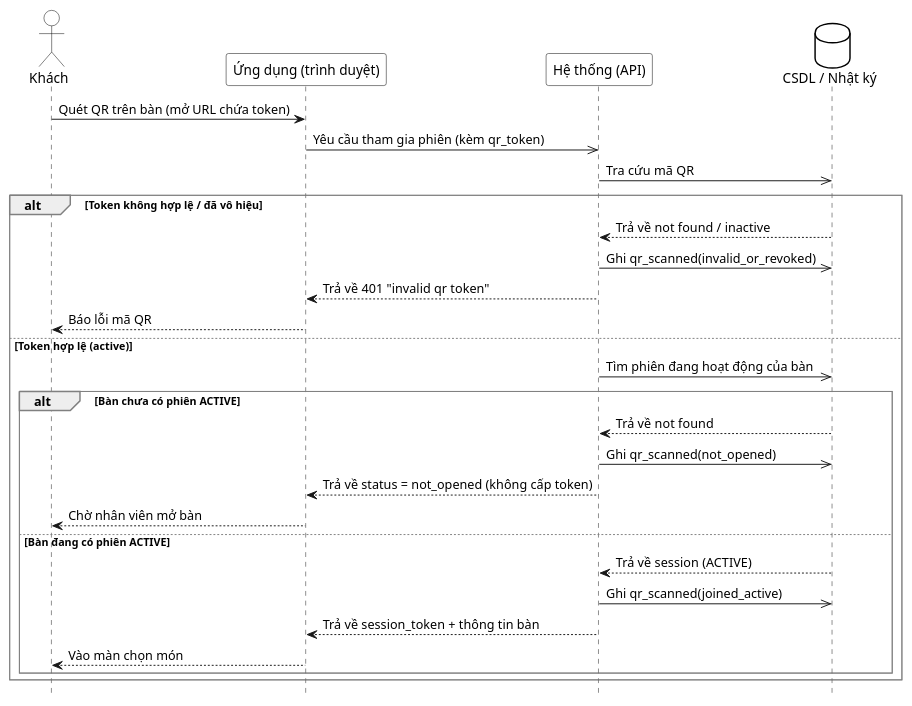
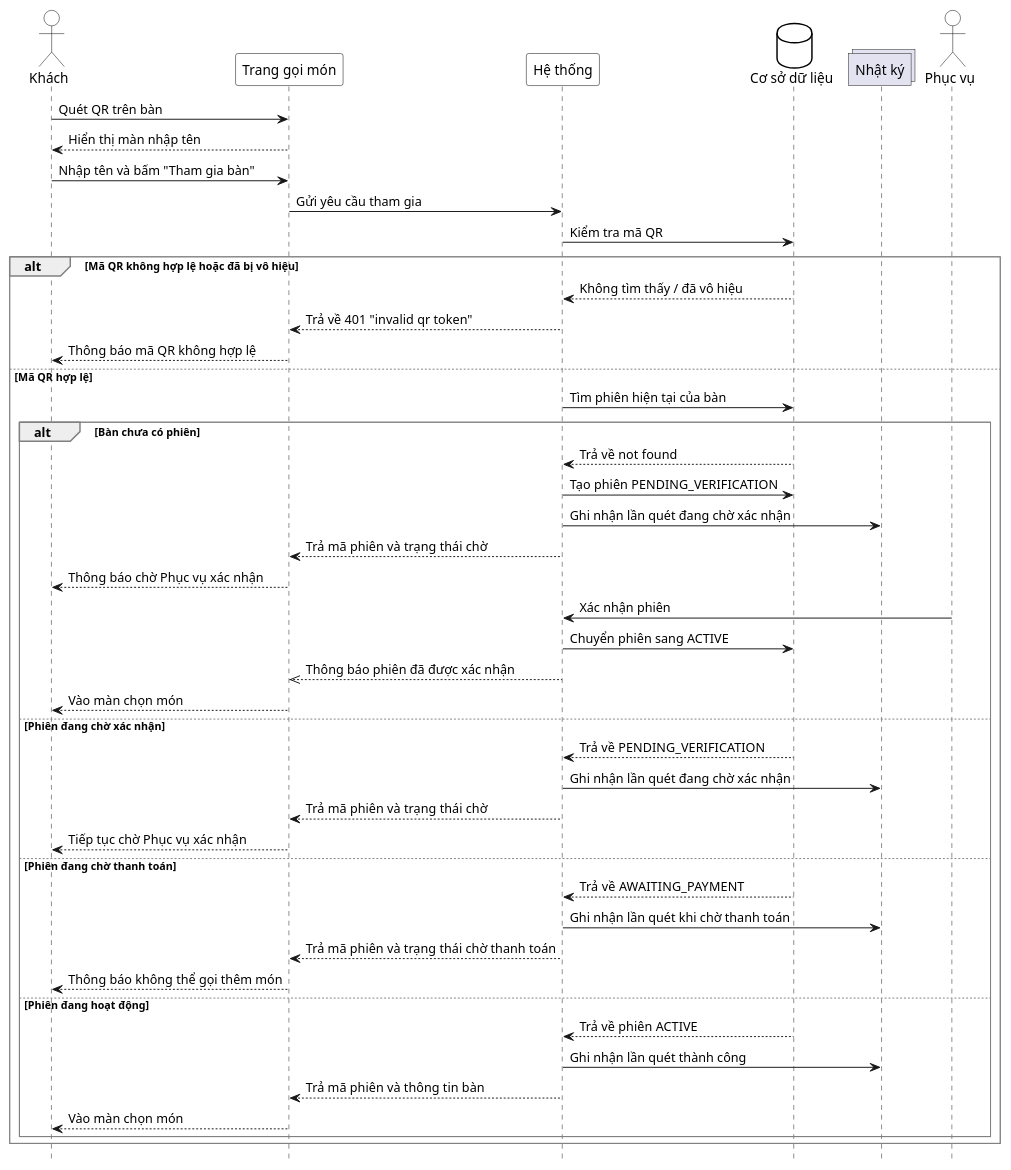
Before and after one commit to thanhhoa3514/restaurant-management: the diagram in docs/use-cases/uc-khach-01-quet-qr-vao-phien.md, drawn with PlantUML. The commit also changed other lines of this file and 277 other files, not shown here.

````diff
--- a/docs/use-cases/uc-khach-01-quet-qr-vao-phien.md
+++ b/docs/use-cases/uc-khach-01-quet-qr-vao-phien.md
@@ -54,47 +58,69 @@
 ```plantuml
 @startuml
 hide footbox
 skinparam participant {
  BackgroundColor White
  BorderColor Black
 }
 skinparam actor {
  BackgroundColor White
  BorderColor Black
 }
 skinparam database {
  BackgroundColor White
  BorderColor Black
 }
 skinparam sequenceGroupBorderThickness 1
 skinparam sequenceGroupBorderColor Gray
 actor "Khách" as K
-participant "Ứng dụng (trình duyệt)" as FE
-participant "Hệ thống (API)" as API
-database "CSDL / Nhật ký" as DB
+participant "Trang gọi món" as FE
+participant "Hệ thống" as API
+database "Cơ sở dữ liệu" as DB
+collections "Nhật ký" as LOG
+actor "Phục vụ" as PV
 
-K -> FE : Quét QR trên bàn (mở URL chứa token)
-FE ->> API : Yêu cầu tham gia phiên (kèm qr_token)
-API ->> DB : Tra cứu mã QR
+K -> FE : Quét QR trên bàn
+FE --> K : Hiển thị màn nhập tên
+K -> FE : Nhập tên và bấm "Tham gia bàn"
+FE -> API : Gửi yêu cầu tham gia
+API -> DB : Kiểm tra mã QR
 
-alt Token không hợp lệ / đã vô hiệu
- DB --> API : Trả về not found / inactive
- API ->> DB : Ghi qr_scanned(invalid_or_revoked)
+alt Mã QR không hợp lệ hoặc đã bị vô hiệu
+ DB --> API : Không tìm thấy / đã vô hiệu
  API --> FE : Trả về 401 "invalid qr token"
- FE --> K : Báo lỗi mã QR
-else Token hợp lệ (active)
- API ->> DB : Tìm phiên đang hoạt động của bàn
- alt Bàn chưa có phiên ACTIVE
+ FE --> K : Thông báo mã QR không hợp lệ
+else Mã QR hợp lệ
+ API -> DB : Tìm phiên hiện tại của bàn
+
+ alt Bàn chưa có phiên
  DB --> API : Trả về not found
- API ->> DB : Ghi qr_scanned(not_opened)
- API --> FE : Trả về status = not_opened (không cấp token)
- FE --> K : Chờ nhân viên mở bàn
- else Bàn đang có phiên ACTIVE
- DB --> API : Trả về session (ACTIVE)
- API ->> DB : Ghi qr_scanned(joined_active)
- API --> FE : Trả về session_token + thông tin bàn
+ API -> DB : Tạo phiên PENDING_VERIFICATION
+ API -> LOG : Ghi nhận lần quét đang chờ xác nhận
+ API --> FE : Trả mã phiên và trạng thái chờ
+ FE --> K : Thông báo chờ Phục vụ xác nhận
+ PV -> API : Xác nhận phiên
+ API -> DB : Chuyển phiên sang ACTIVE
+ API -->> FE : Thông báo phiên đã được xác nhận
+ FE --> K : Vào màn chọn món
+
+ else Phiên đang chờ xác nhận
+ DB --> API : Trả về PENDING_VERIFICATION
+ API -> LOG : Ghi nhận lần quét đang chờ xác nhận
+ API --> FE : Trả mã phiên và trạng thái chờ
+ FE --> K : Tiếp tục chờ Phục vụ xác nhận
+
+ else Phiên đang chờ thanh toán
+ DB --> API : Trả về AWAITING_PAYMENT
+ API -> LOG : Ghi nhận lần quét khi chờ thanh toán
+ API --> FE : Trả mã phiên và trạng thái chờ thanh toán
+ FE --> K : Thông báo không thể gọi thêm món
+
+ else Phiên đang hoạt động
+ DB --> API : Trả về phiên ACTIVE
+ API -> LOG : Ghi nhận lần quét thành công
+ API --> FE : Trả mã phiên và thông tin bàn
  FE --> K : Vào màn chọn món
  end
 end
 @enduml
 ```
````
